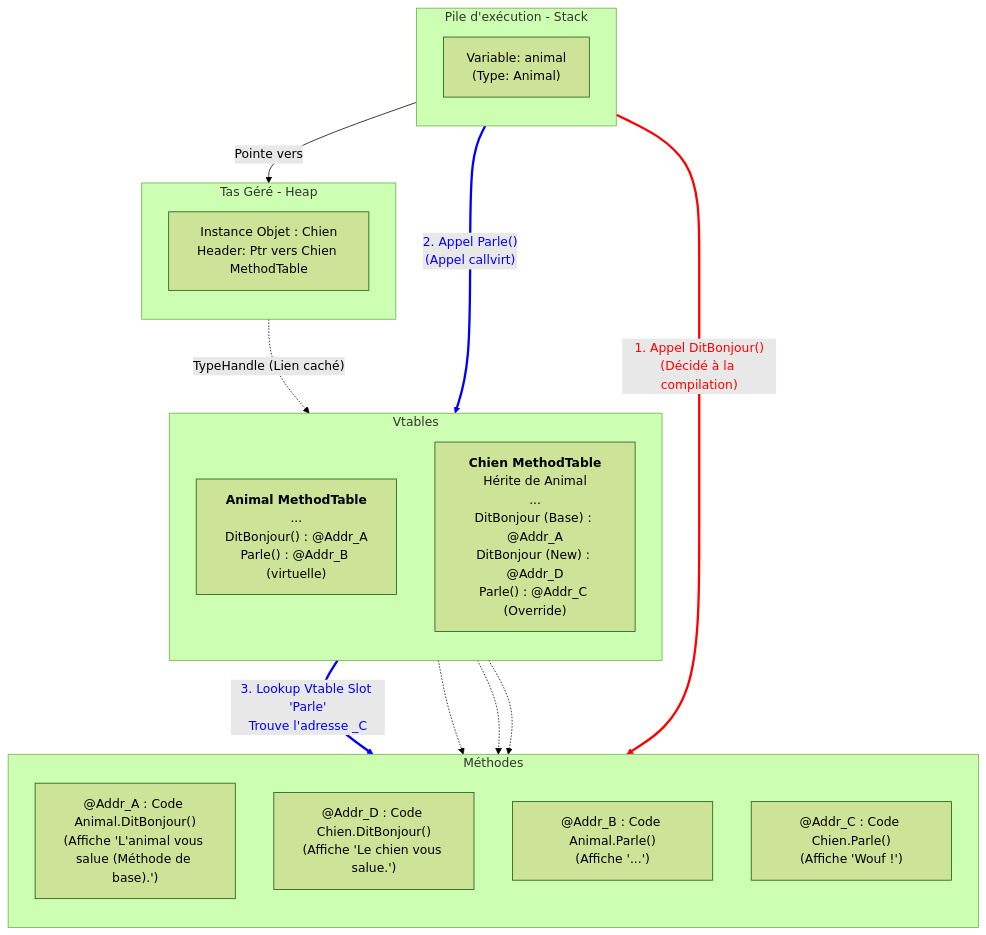
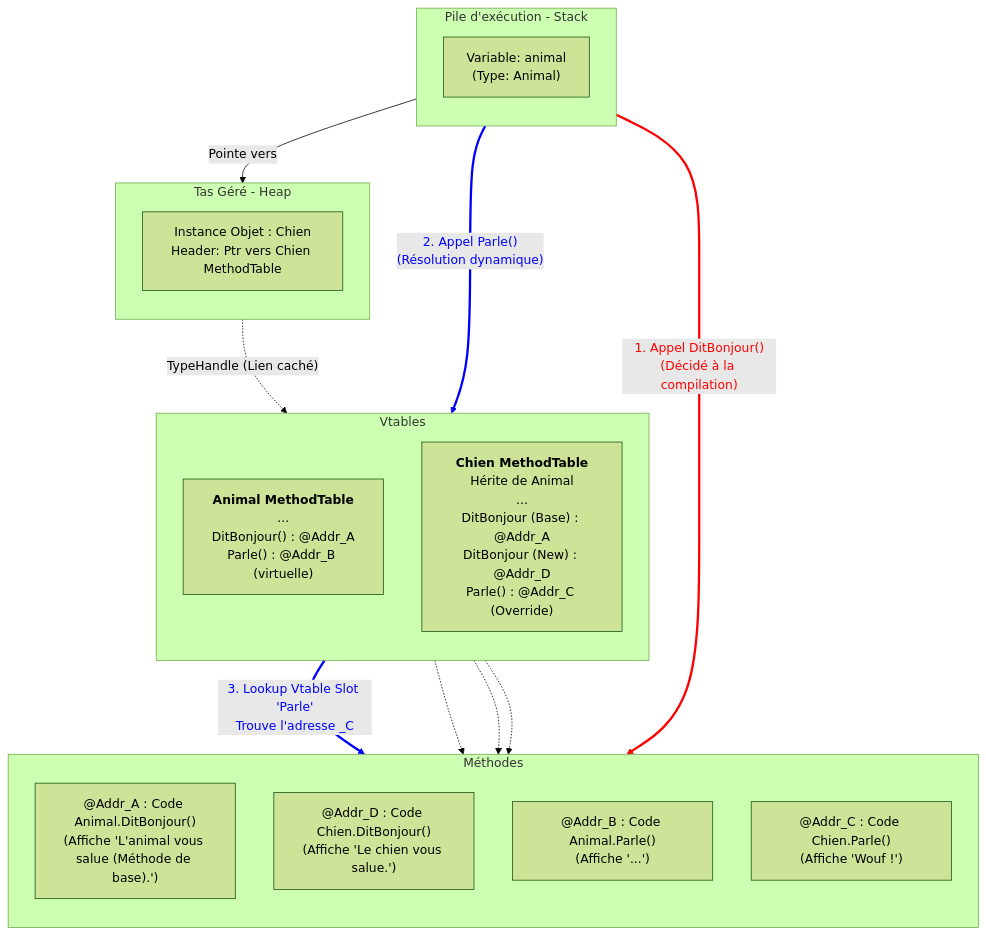
One commit to Yanal-Yves/blog changed the diagram in content/programmation/polymorphisme/_index.md. Above: the diagram before and after it, drawn with Mermaid (forest theme).

Commit message:
Programmation - polymorphisme - wip

````diff
--- a/content/programmation/polymorphisme/_index.md
+++ b/content/programmation/polymorphisme/_index.md
@@ -128,57 +128,57 @@
 ```mermaid
 flowchart TD
     %% Configuration des styles pour la lisibilité
     %% classDef default fill:#f9f9f9,stroke:#333,stroke-width:1px;
     %% classDef memory fill:#fff,stroke:#333,stroke-width:1px;
     
     %% --- PILE ---
     subgraph STACK ["Pile d'exécution - Stack"]
         direction TB
         varRef["Variable: animal<br/>(Type: Animal)"]
     end
 
     %% --- TAS ---
     subgraph HEAP [Tas Géré - Heap]
         direction TB
         objChien["Instance Objet : Chien<br/>Header: Ptr vers Chien MethodTable"]
     end
 
     %% --- METADONNEES ---
     subgraph METADATA ["Vtables"]
         direction TB
         mtAnimal["<b>Animal MethodTable</b><br/>...<br/>DitBonjour() : @Addr_A<br/>Parle() : @Addr_B (virtuelle)"]
         
         mtChien["<b>Chien MethodTable</b><br/>Hérite de Animal<br/>...<br/>DitBonjour (Base) : @Addr_A<br/>DitBonjour (New) : @Addr_D<br/>Parle() : @Addr_C (Override)"]
     end
 
     %% --- CODE ---
     subgraph CODE ["Méthodes"]
         direction TB
         codeAnimal["@Addr_A : Code Animal.DitBonjour()<br/>(Affiche 'L'animal vous salue (Méthode de base).')"]
         codeChienNew["@Addr_D : Code Chien.DitBonjour()<br/>(Affiche 'Le chien vous salue.')"]
         
         codeAnimalBase["@Addr_B : Code Animal.Parle()<br/>(Affiche '...')"]
         codeChien["@Addr_C : Code Chien.Parle()<br/>(Affiche 'Wouf !')"]
     end
 
     %% --- RELATIONS ---
 
     %% 1. Structure mémoire
     varRef -- "Pointe vers" --> objChien
     objChien -. "TypeHandle (Lien caché)" .-> mtChien
 
     %% 2. CAS 1 : NON VIRTUEL (Rouge)
     varRef -- "1. Appel DitBonjour()<br/>(Décidé à la compilation)" --> codeAnimal
     linkStyle 2 stroke:red,stroke-width:3px,color:red;
 
     %% 3. CAS 2 : VIRTUEL (Bleu)
-    varRef -- "2. Appel Parle()<br/>(Appel callvirt)" --> mtChien
+    varRef -- "2. Appel Parle()<br/>(Résolution dynamique)" --> mtChien
     mtChien -- "3. Lookup Vtable Slot 'Parle'<br/>Trouve l'adresse _C" --> codeChien
     linkStyle 3 stroke:blue,stroke-width:3px,color:blue;
     linkStyle 4 stroke:blue,stroke-width:3px,color:blue;
 
     %% 4. Liens structurels (Pointillés) - Pour montrer qui définit quoi
     mtChien -.-> codeChienNew
     mtAnimal -.-> codeAnimal
-    mtAnimal -.-> codeAnimalBase   
+    mtAnimal -.-> codeAnimalBase
 ```
````
